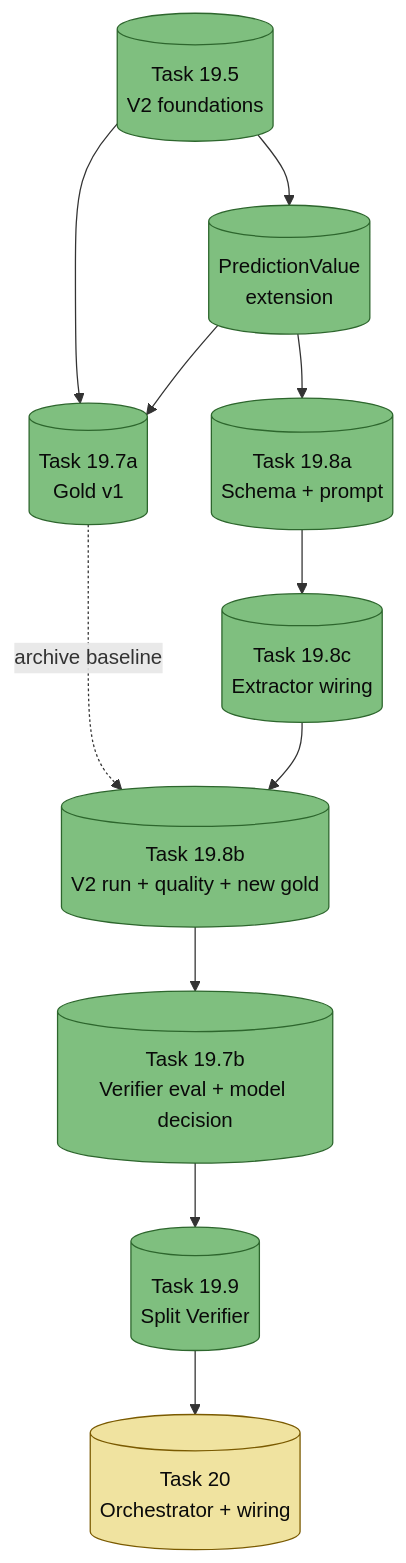
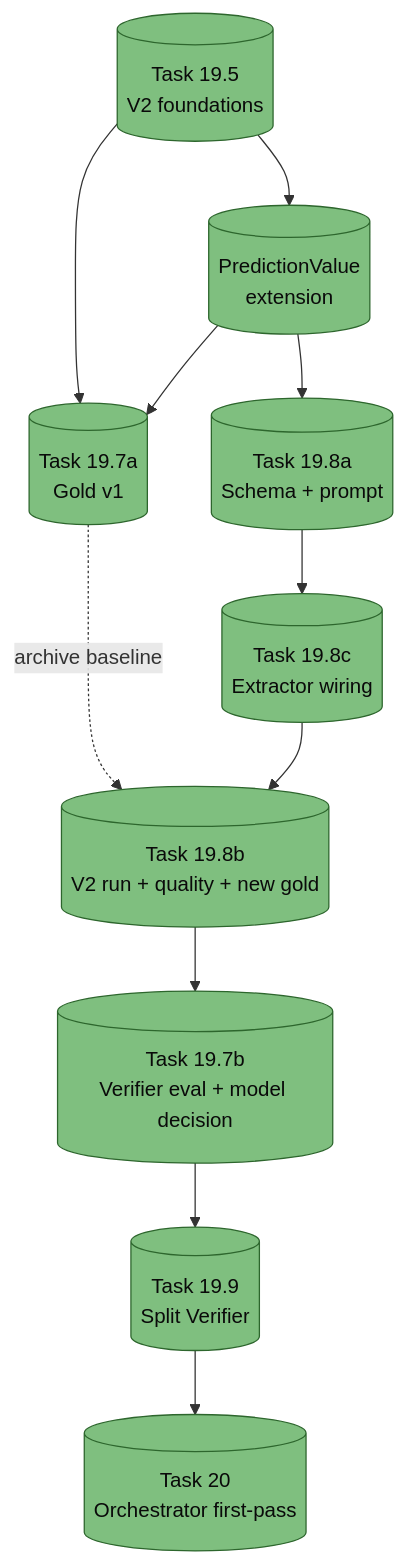
Before and after one commit to evgeniy44/prediction-tracker: the diagram in docs/verification-track/README.md, drawn with Mermaid. The commit also changed other lines of this file and 1 other file, not shown here.

First line of the commit message:
docs: Task 20 ✅ landed у README треку + progress.md

````diff
--- a/docs/verification-track/README.md
+++ b/docs/verification-track/README.md
@@ -25,27 +25,27 @@
 ```mermaid
 flowchart TD
     T195[("Task 19.5<br/>V2 foundations")]:::done
     PV[("PredictionValue<br/>extension")]:::done
     T197A[("Task 19.7a<br/>Gold v1")]:::done
     T198A[("Task 19.8a<br/>Schema + prompt")]:::done
     T198C[("Task 19.8c<br/>Extractor wiring")]:::done
     T198B[("Task 19.8b<br/>V2 run + quality + new gold")]:::done
     T197B[("Task 19.7b<br/>Verifier eval + model decision")]:::done
     T199[("Task 19.9<br/>Split Verifier")]:::done
-    T20[("Task 20<br/>Orchestrator + wiring")]:::pending
+    T20[("Task 20<br/>Orchestrator first-pass")]:::done
 
     T195 --> PV
     T195 --> T197A
     PV --> T197A
     T197A -.archive baseline.-> T198B
     T198A --> T198C
     T198C --> T198B
     PV --> T198A
     T198B --> T197B
     T197B --> T199
     T199 --> T20
 
     classDef done fill:#7fbf7f,stroke:#2d662d,color:#0a0a0a
     classDef specReady fill:#c4d8e8,stroke:#2c5777,color:#0a0a0a
     classDef pending fill:#f0e3a0,stroke:#7a5a00,color:#0a0a0a
 ```
````
